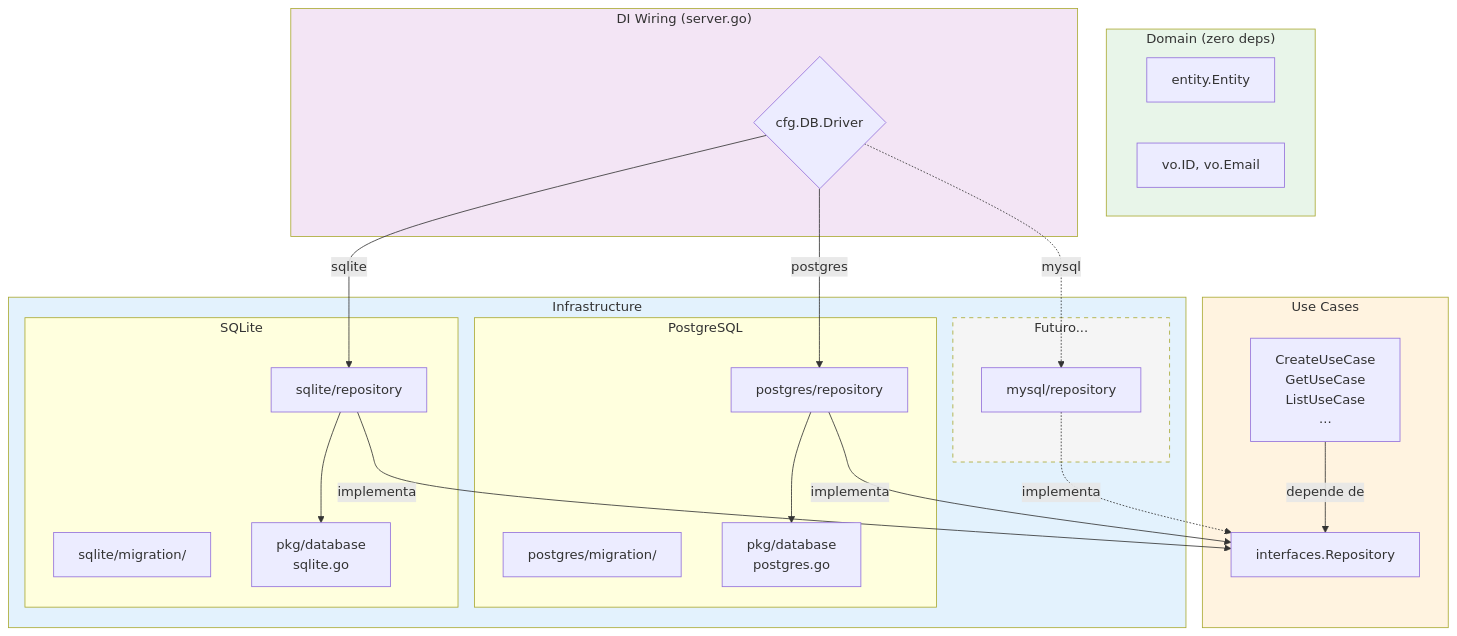
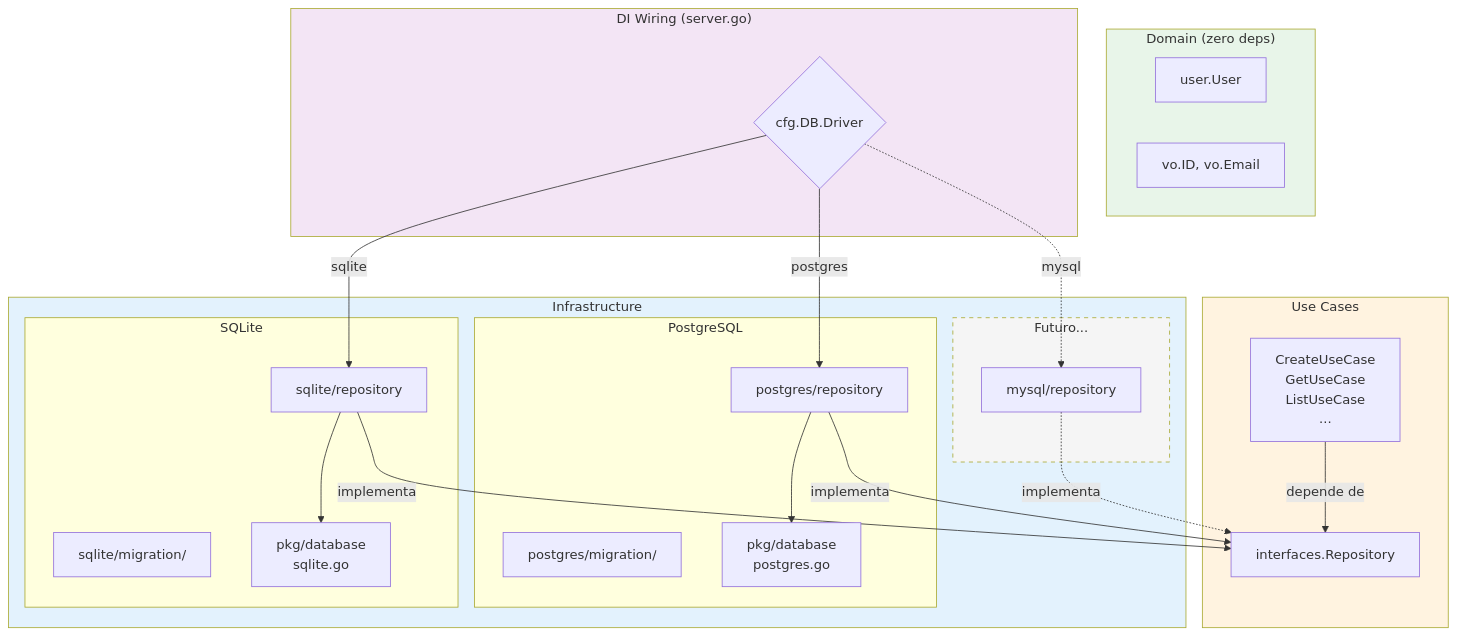
The second of 2 diagrams in docs/guides/multi-database.md (jrmarcello/gopherplate), drawn with Mermaid before and after one commit. The commit also changed other lines of this file and 59 other files, not shown here.

First line of the commit message:
docs: replace all entity/entity_example references with user/role across project

````diff
--- a/docs/guides/multi-database.md
+++ b/docs/guides/multi-database.md
@@ -383,51 +383,51 @@
 ```mermaid
 flowchart TB
     subgraph Domain["Domain (zero deps)"]
-        Entity["entity.Entity"]
+        Entity["user.User"]
         VO["vo.ID, vo.Email"]
     end
 
     subgraph UseCases["Use Cases"]
         UC["CreateUseCase\nGetUseCase\nListUseCase\n..."]
         IRepo["interfaces.Repository"]
     end
 
     subgraph Infrastructure["Infrastructure"]
         subgraph PG["PostgreSQL"]
             PGRepo["postgres/repository"]
             PGMigration["postgres/migration/"]
             PGConn["pkg/database\npostgres.go"]
         end
 
         subgraph SQLite["SQLite"]
             SQLRepo["sqlite/repository"]
             SQLMigration["sqlite/migration/"]
             SQLConn["pkg/database\nsqlite.go"]
         end
 
         subgraph Future["Futuro..."]
             MySQLRepo["mysql/repository"]
         end
     end
 
     subgraph DI["DI Wiring (server.go)"]
         Switch{"cfg.DB.Driver"}
     end
 
     UC -->|depende de| IRepo
     PGRepo -->|implementa| IRepo
     SQLRepo -->|implementa| IRepo
     MySQLRepo -.->|implementa| IRepo
     Switch -->|"postgres"| PGRepo
     Switch -->|"sqlite"| SQLRepo
     Switch -.->|"mysql"| MySQLRepo
 
     PGRepo --> PGConn
     SQLRepo --> SQLConn
 
     style Domain fill:#e8f5e9
     style UseCases fill:#fff3e0
     style Infrastructure fill:#e3f2fd
     style DI fill:#f3e5f5
     style Future fill:#f5f5f5,stroke-dasharray: 5 5
 ```
````
